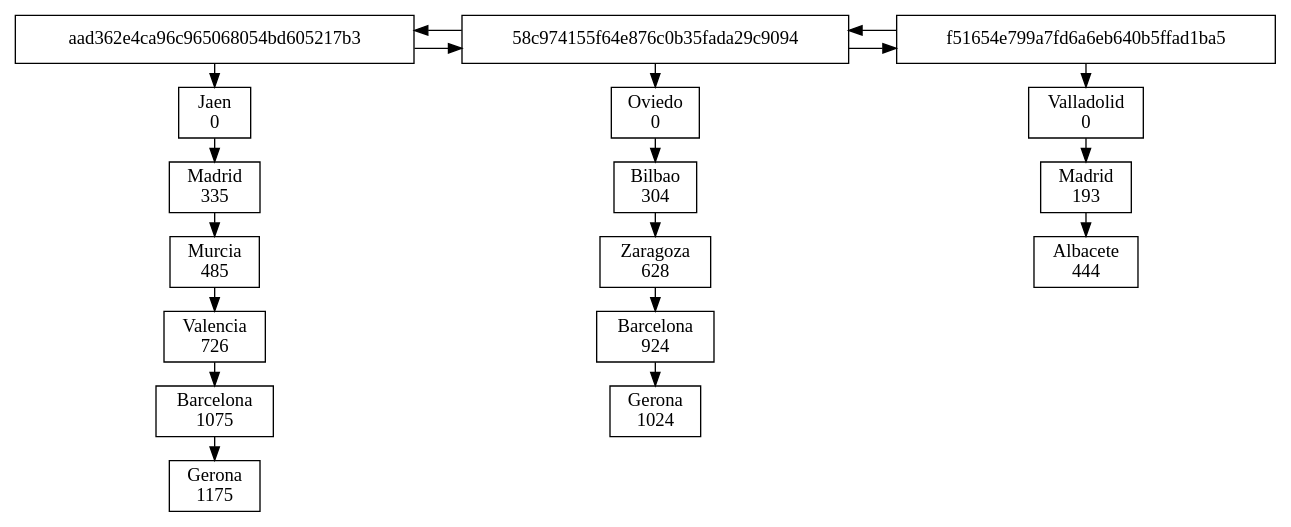
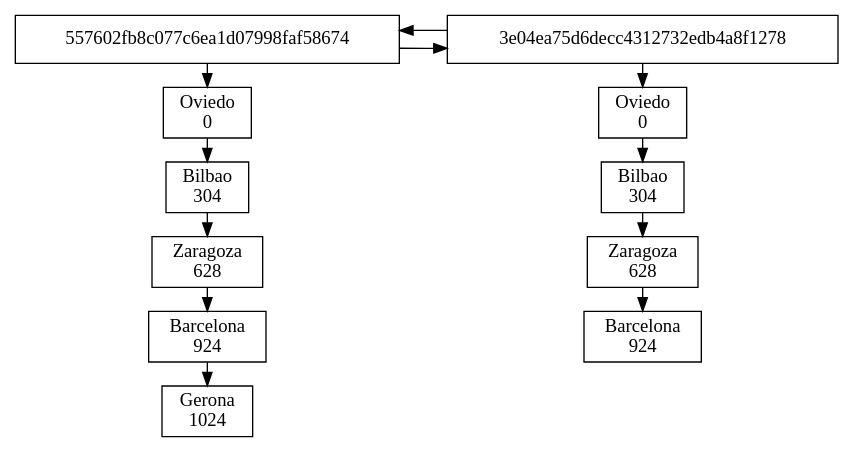
Before and after one commit to EmBarillasA94/EDD_PROYECTO2_JUNIO_201503741: the diagram in R_BlockChain.dot, drawn with Graphviz. The commit also changed 11 other files, not shown here.

```diff
--- a/R_BlockChain.dot
+++ b/R_BlockChain.dot
@@ -1,57 +1,39 @@
 digraph BlockChain{ 
 node[shape=box]; 
 rankdir = LR; 
 
-"12992685"[label = "aad362e4ca96c965068054bd605217b3"] 
-"19003610"[label = "58c974155f64e876c0b35fada29c9094"] 
-"32193531"[label = "f51654e799a7fd6a6eb640b5ffad1ba5"] 
-"12992685"->"19003610"; 
-"19003610"->"12992685"; 
-"19003610"->"32193531"; 
-"32193531"->"19003610"; 
+"18894468"[label = "557602fb8c077c6ea1d07998faf58674"] 
+"8605796"[label = "3e04ea75d6decc4312732edb4a8f1278"] 
+"18894468"->"8605796"; 
+"8605796"->"18894468"; 
 
-subgraph ruta_12992685{ 
-rank=same 
-;"Jaen_12992685"[label="Jaen&#92;n0"]; 
-"Madrid_12992685"[label="Madrid&#92;n335"]; 
-"Murcia_12992685"[label="Murcia&#92;n485"]; 
-"Valencia_12992685"[label="Valencia&#92;n726"]; 
-"Barcelona_12992685"[label="Barcelona&#92;n1075"]; 
-"Gerona_12992685"[label="Gerona&#92;n1175"]; 
+subgraph ruta_18894468{ 
+rank=same; 
+"Oviedo_18894468"[label="Oviedo&#92;n0"]; 
+"Bilbao_18894468"[label="Bilbao&#92;n304"]; 
+"Zaragoza_18894468"[label="Zaragoza&#92;n628"]; 
+"Barcelona_18894468"[label="Barcelona&#92;n924"]; 
+"Gerona_18894468"[label="Gerona&#92;n1024"]; 
 
-"Jaen_12992685"->"Madrid_12992685"; 
-"Madrid_12992685"->"Murcia_12992685"; 
-"Murcia_12992685"->"Valencia_12992685"; 
-"Valencia_12992685"->"Barcelona_12992685"; 
-"Barcelona_12992685"->"Gerona_12992685"; 
+"Oviedo_18894468"->"Bilbao_18894468"; 
+"Bilbao_18894468"->"Zaragoza_18894468"; 
+"Zaragoza_18894468"->"Barcelona_18894468"; 
+"Barcelona_18894468"->"Gerona_18894468"; 
 }
-subgraph ruta_19003610{ 
-rank=same 
-;"Oviedo_19003610"[label="Oviedo&#92;n0"]; 
-"Bilbao_19003610"[label="Bilbao&#92;n304"]; 
-"Zaragoza_19003610"[label="Zaragoza&#92;n628"]; 
-"Barcelona_19003610"[label="Barcelona&#92;n924"]; 
-"Gerona_19003610"[label="Gerona&#92;n1024"]; 
+subgraph ruta_8605796{ 
+rank=same; 
+"Oviedo_8605796"[label="Oviedo&#92;n0"]; 
+"Bilbao_8605796"[label="Bilbao&#92;n304"]; 
+"Zaragoza_8605796"[label="Zaragoza&#92;n628"]; 
+"Barcelona_8605796"[label="Barcelona&#92;n924"]; 
 
-"Oviedo_19003610"->"Bilbao_19003610"; 
-"Bilbao_19003610"->"Zaragoza_19003610"; 
-"Zaragoza_19003610"->"Barcelona_19003610"; 
-"Barcelona_19003610"->"Gerona_19003610"; 
+"Oviedo_8605796"->"Bilbao_8605796"; 
+"Bilbao_8605796"->"Zaragoza_8605796"; 
+"Zaragoza_8605796"->"Barcelona_8605796"; 
 }
-subgraph ruta_32193531{ 
-rank=same 
-;"Valladolid_32193531"[label="Valladolid&#92;n0"]; 
-"Madrid_32193531"[label="Madrid&#92;n193"]; 
-"Albacete_32193531"[label="Albacete&#92;n444"]; 
-
-"Valladolid_32193531"->"Madrid_32193531"; 
-"Madrid_32193531"->"Albacete_32193531"; 
-}
-{rank=same "12992685" "Jaen_12992685"} 
-"12992685"->"Jaen_12992685"; 
-{rank=same "19003610" "Oviedo_19003610"} 
-"19003610"->"Oviedo_19003610"; 
-{rank=same "32193531" "Valladolid_32193531"} 
-"32193531"->"Valladolid_32193531"; 
+{rank=same "18894468" "Oviedo_18894468"} 
+"18894468"->"Oviedo_18894468"; 
+{rank=same "8605796" "Oviedo_8605796"} 
+"8605796"->"Oviedo_8605796"; 
 
 }
```
